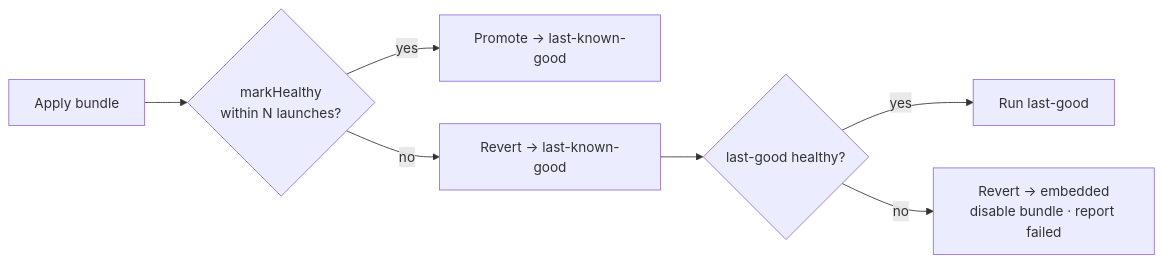
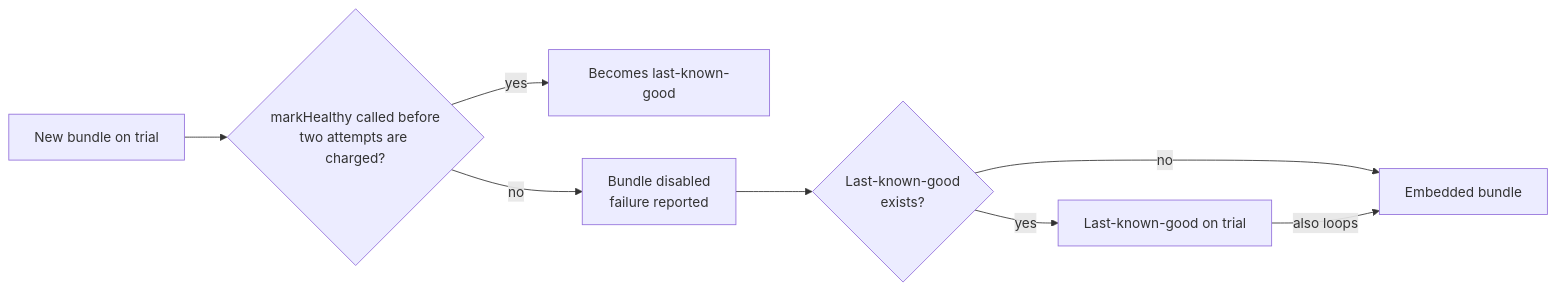
The diagram in website/docs/concepts/crash-loop.md (Scripting-Bear/dash-ota), drawn with Mermaid before and after one commit. The commit also changed other lines of this file and 157 other files, not shown here.

````diff
--- a/website/docs/concepts/crash-loop.md
+++ b/website/docs/concepts/crash-loop.md
@@ -25,9 +31,10 @@
 ```mermaid
 flowchart LR
-    A[Apply bundle] --> B{markHealthy<br/>within N launches?}
-    B -- yes --> C[Promote → last-known-good]
-    B -- no --> D[Revert → last-known-good]
-    D --> E{last-good healthy?}
-    E -- yes --> F[Run last-good]
-    E -- no --> G[Revert → embedded<br/>disable bundle · report failed]
+    A[New bundle on trial] --> B{markHealthy called before<br/>two attempts are charged?}
+    B -->|yes| C[Becomes last-known-good]
+    B -->|no| D[Bundle disabled<br/>failure reported]
+    D --> E{Last-known-good<br/>exists?}
+    E -->|yes| F[Last-known-good on trial]
+    E -->|no| G[Embedded bundle]
+    F -->|also loops| G
 ```
````
